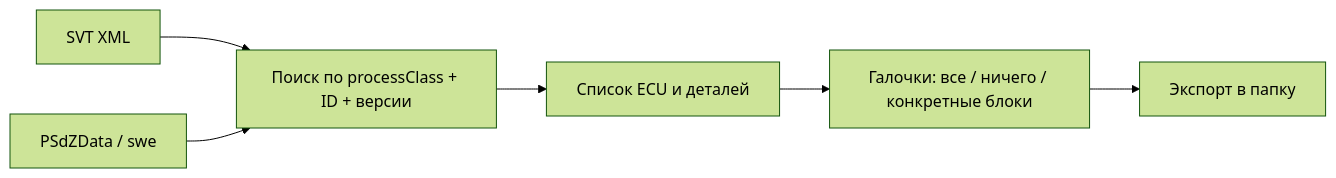
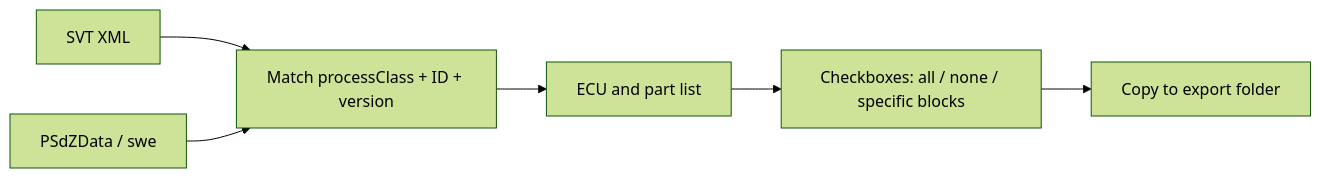
One commit to LeonB1ham/svt-psdzdata-export changed the diagram in README.md. Above: the diagram before and after it, drawn with Mermaid (forest theme). The commit also changed other lines of this file and 7 other files, not shown here.

````diff
--- a/README.md
+++ b/README.md
@@ -23,8 +25,8 @@
 ```mermaid
 flowchart LR
-    A[SVT XML] --> C[Поиск по processClass + ID + версии]
+    A[SVT XML] --> C[Match processClass + ID + version]
     B[PSdZData / swe] --> C
-    C --> D[Список ECU и деталей]
-    D --> E[Галочки: все / ничего / конкретные блоки]
-    E --> F[Экспорт в папку]
+    C --> D[ECU and part list]
+    D --> E[Checkboxes: all / none / specific blocks]
+    E --> F[Copy to export folder]
 ```
````
